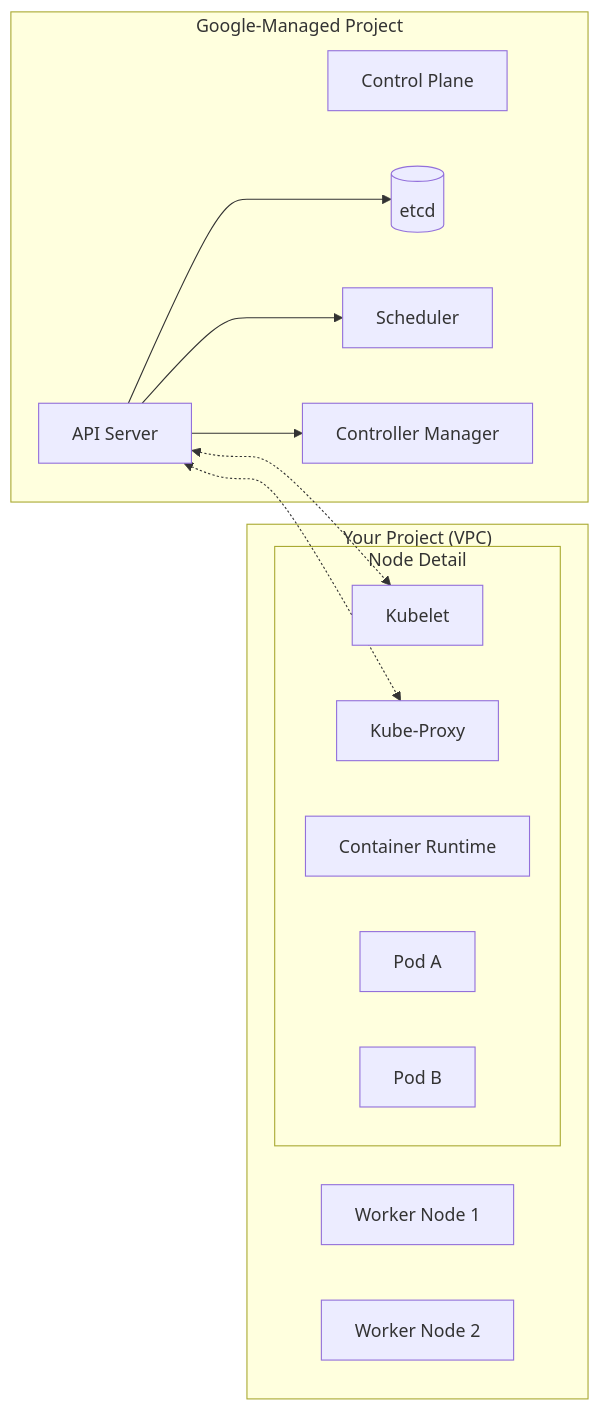
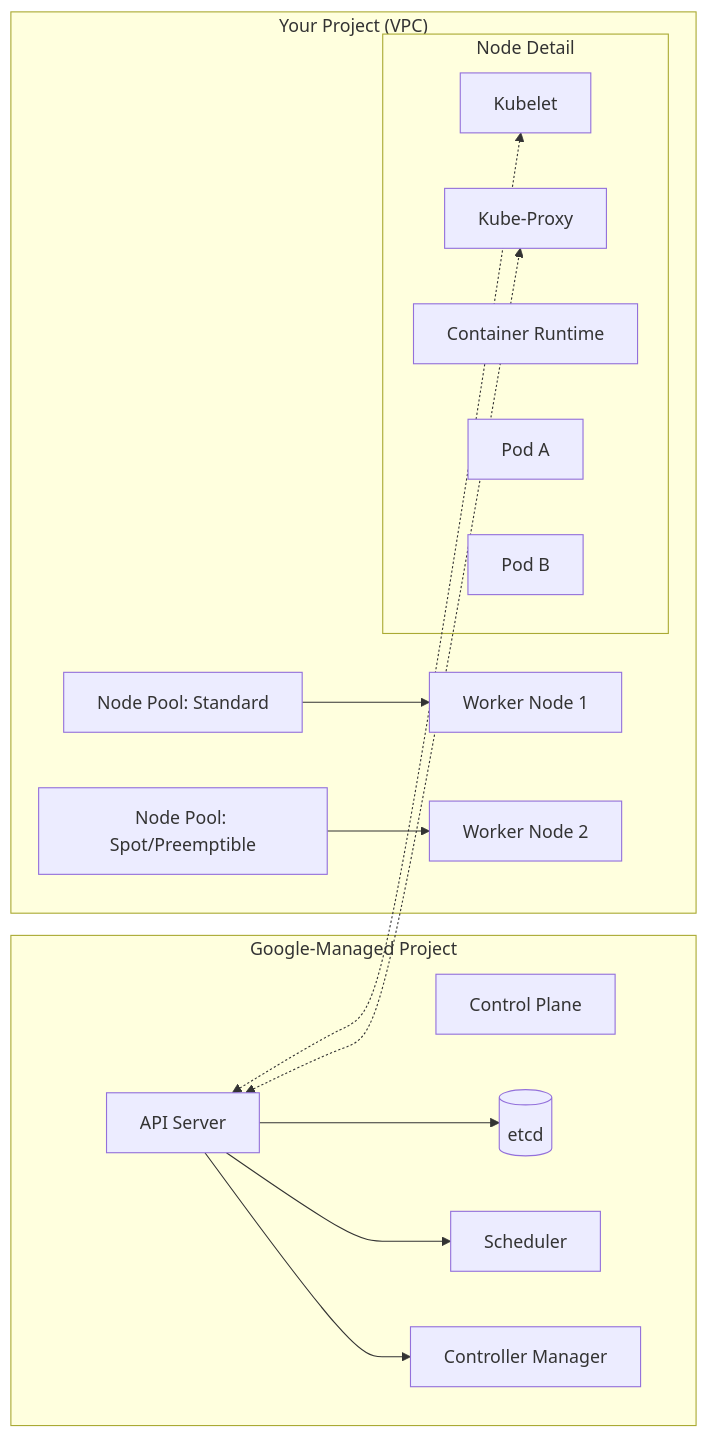
Before and after one commit to jyothivempa/gcp-study-plan: the diagram in curriculum/content/section_16_kubernetes_arch.md, drawn with Mermaid. The commit also changed other lines of this file and 7 other files, not shown here.

````diff
--- a/curriculum/content/section_16_kubernetes_arch.md
+++ b/curriculum/content/section_16_kubernetes_arch.md
@@ -25,25 +25,30 @@
 ```mermaid
 graph LR
     subgraph "Google-Managed Project"
         CP[Control Plane]
         API[API Server] --> ETCD[(etcd)]
         API --> SCH[Scheduler]
         API --> CM[Controller Manager]
     end
 
     subgraph "Your Project (VPC)"
+        NP_STD[Node Pool: Standard]
+        NP_SPOT[Node Pool: Spot/Preemptible]
+        
         Node1[Worker Node 1]
         Node2[Worker Node 2]
         
         subgraph "Node Detail"
             KLT[Kubelet]
             KPRX[Kube-Proxy]
             CRI[Container Runtime]
             POD1[Pod A]
             POD2[Pod B]
         end
     end
 
     API <-.-> KLT
     API <-.-> KPRX
+    NP_STD --> Node1
+    NP_SPOT --> Node2
 ```
````
